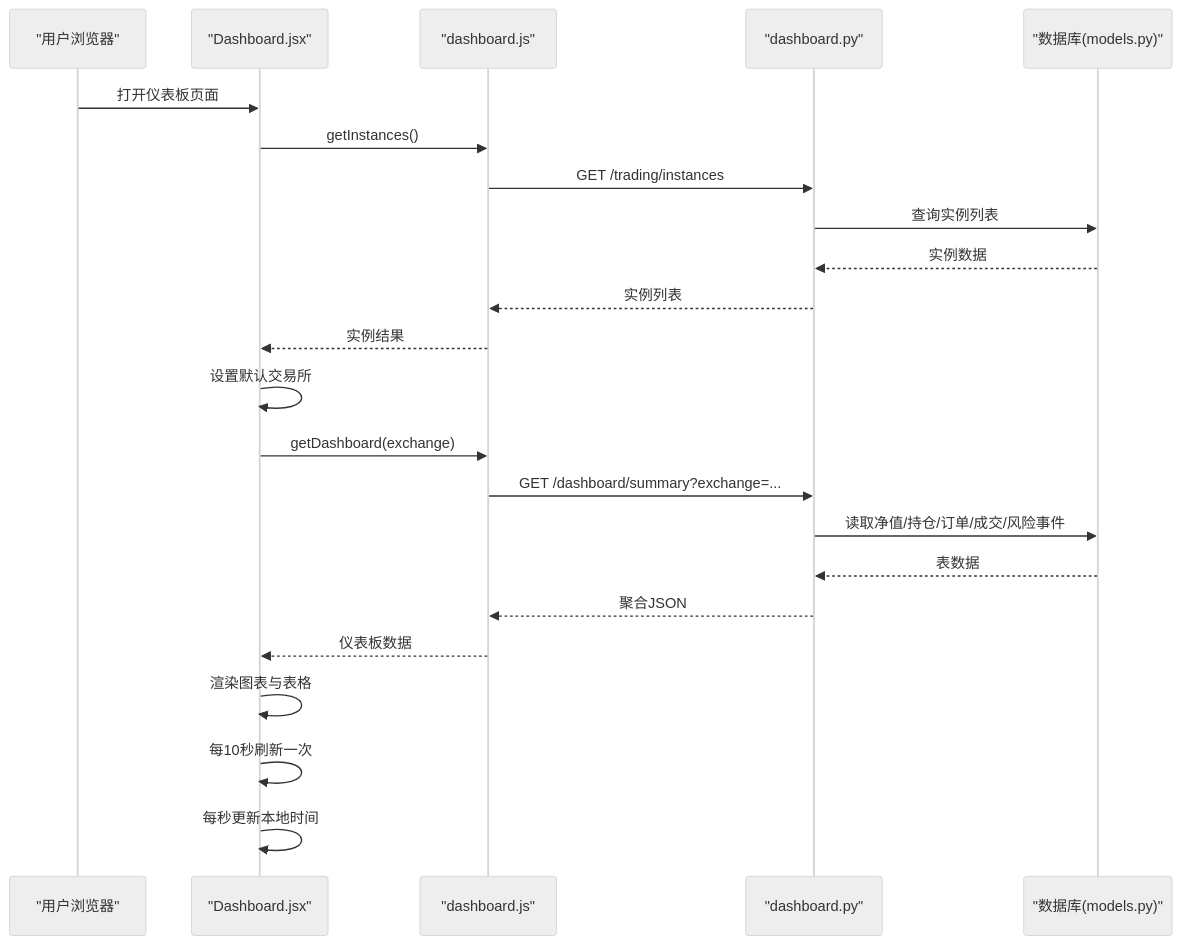
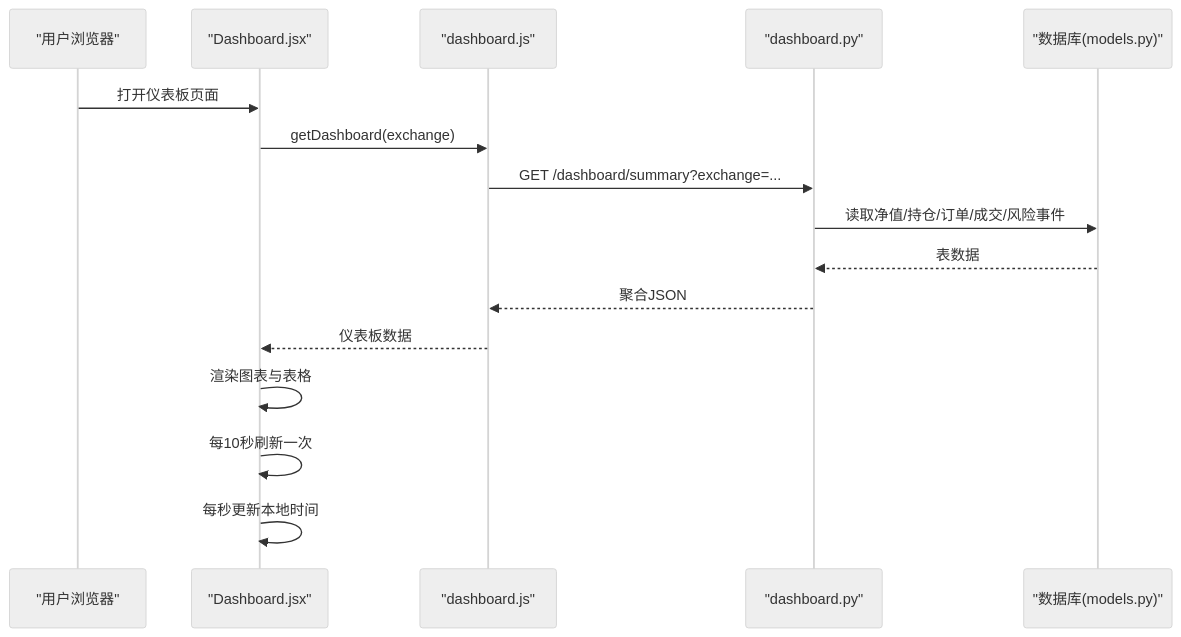
One commit to zyf266/ending changed the second of 6 diagrams in .qoder/repowiki/zh/content/可视化界面/仪表板界面.md. Above: the diagram before and after it, drawn with Mermaid (neutral theme). The commit also changed other lines of this file and 40 other files, not shown here.

````diff
--- a/.qoder/repowiki/zh/content/可视化界面/仪表板界面.md
+++ b/.qoder/repowiki/zh/content/可视化界面/仪表板界面.md
@@ -111,25 +104,18 @@
 ```mermaid
 sequenceDiagram
 participant U as "用户浏览器"
 participant F as "Dashboard.jsx"
 participant A as "dashboard.js"
 participant R as "dashboard.py"
 participant D as "数据库(models.py)"
 U->>F : 打开仪表板页面
-F->>A : getInstances()
-A->>R : GET /trading/instances
-R->>D : 查询实例列表
-D-->>R : 实例数据
-R-->>A : 实例列表
-A-->>F : 实例结果
-F->>F : 设置默认交易所
 F->>A : getDashboard(exchange)
 A->>R : GET /dashboard/summary?exchange=...
 R->>D : 读取净值/持仓/订单/成交/风险事件
 D-->>R : 表数据
 R-->>A : 聚合JSON
 A-->>F : 仪表板数据
 F->>F : 渲染图表与表格
 F->>F : 每10秒刷新一次
 F->>F : 每秒更新本地时间
 ```
````
